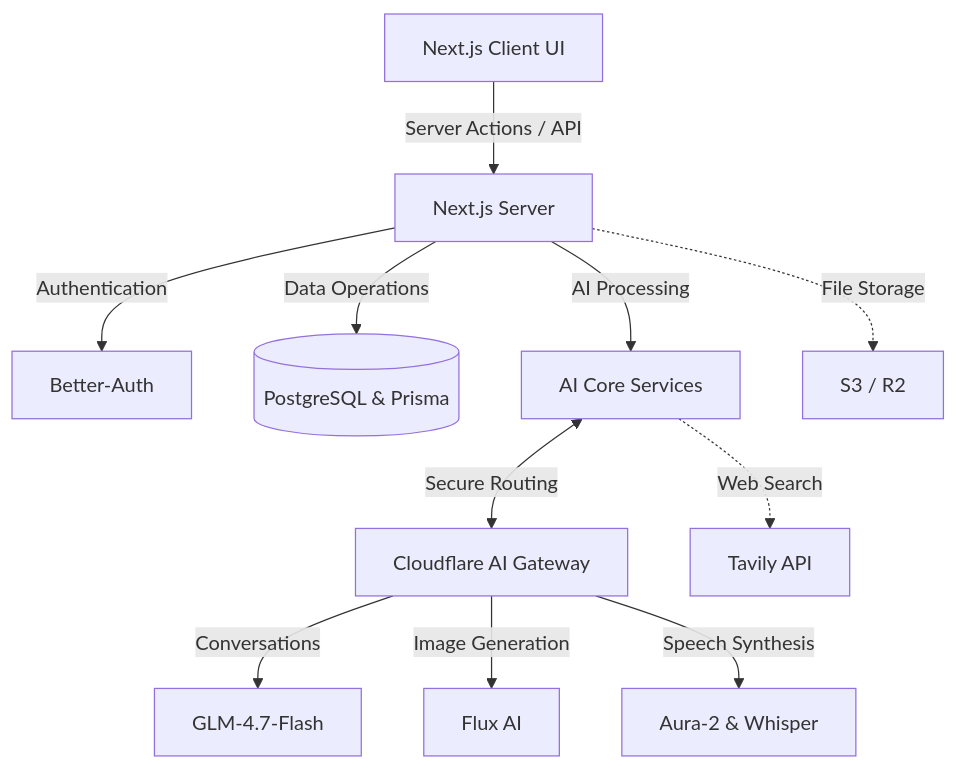
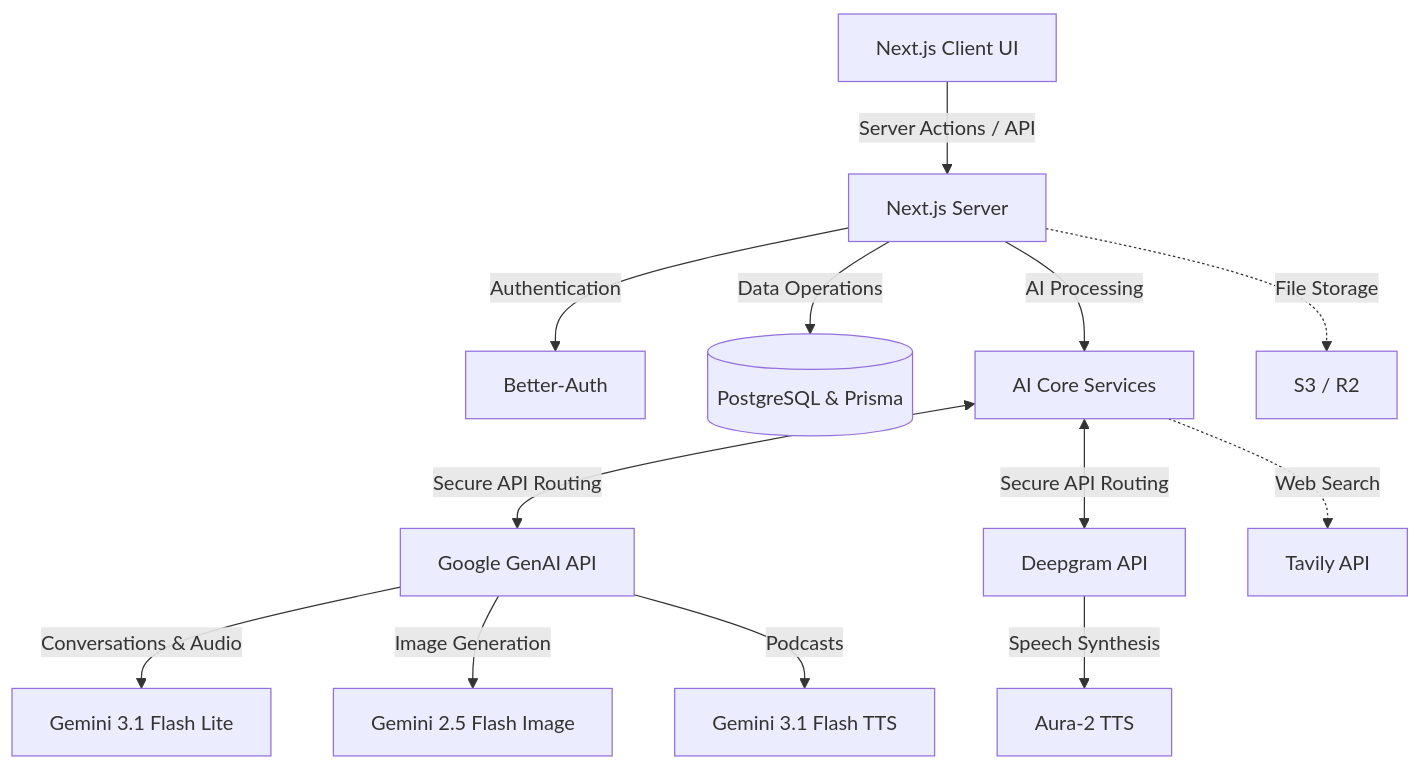
One commit to lwshakib/vision-agentic-ai changed the diagram in README.md. Above: the diagram before and after it, drawn with Mermaid. The commit also changed other lines of this file and 1 other file, not shown here.

Commit message:
chore: update project documentation to reflect migration to Google Gemini and Deepgram API services

````diff
--- a/README.md
+++ b/README.md
@@ -101,15 +101,17 @@
 ```mermaid
 graph TD
     Client[Next.js Client UI] -->|Server Actions / API| Server[Next.js Server]
     Server -->|Authentication| Auth[Better-Auth]
     Server -->|Data Operations| DB[(PostgreSQL & Prisma)]
     Server -->|AI Processing| AICore[AI Core Services]
     
-    AICore <-->|Secure Routing| Gateway[Cloudflare AI Gateway]
-    Gateway -->|Conversations| GLM[GLM-4.7-Flash]
-    Gateway -->|Image Generation| FLUX[Flux AI]
-    Gateway -->|Speech Synthesis| Audio[Aura-2 & Whisper]
+    AICore <-->|Secure API Routing| GoogleGenAI[Google GenAI API]
+    AICore <-->|Secure API Routing| Deepgram[Deepgram API]
+    GoogleGenAI -->|Conversations & Audio| GeminiFlash[Gemini 3.1 Flash Lite]
+    GoogleGenAI -->|Image Generation| GeminiImage[Gemini 2.5 Flash Image]
+    GoogleGenAI -->|Podcasts| GeminiTTS[Gemini 3.1 Flash TTS]
+    Deepgram -->|Speech Synthesis| Aura2[Aura-2 TTS]
     
     AICore -.->|Web Search| Tavily[Tavily API]
     Server -.->|File Storage| Storage[S3 / R2]
 ```
````
